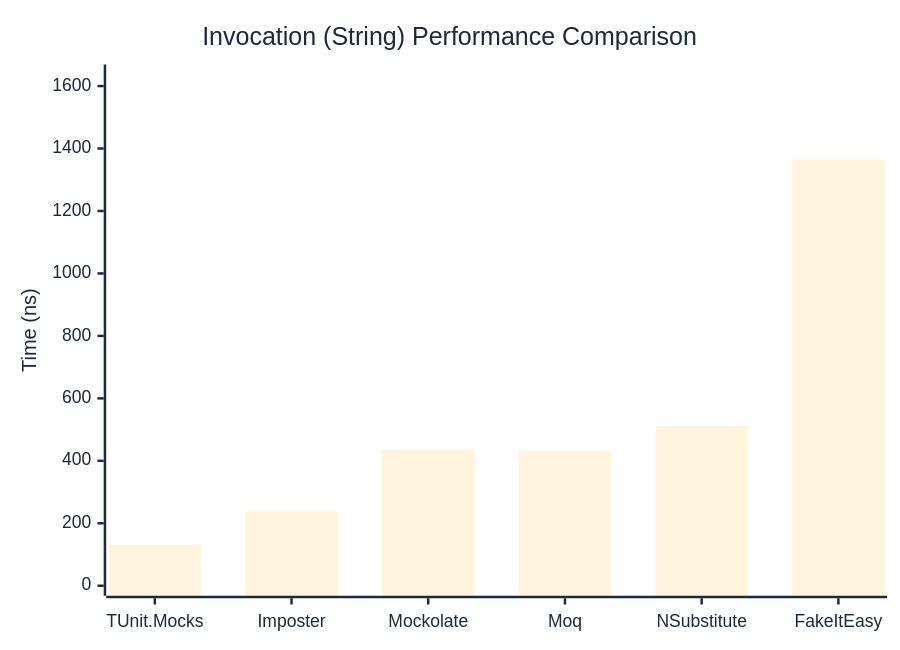
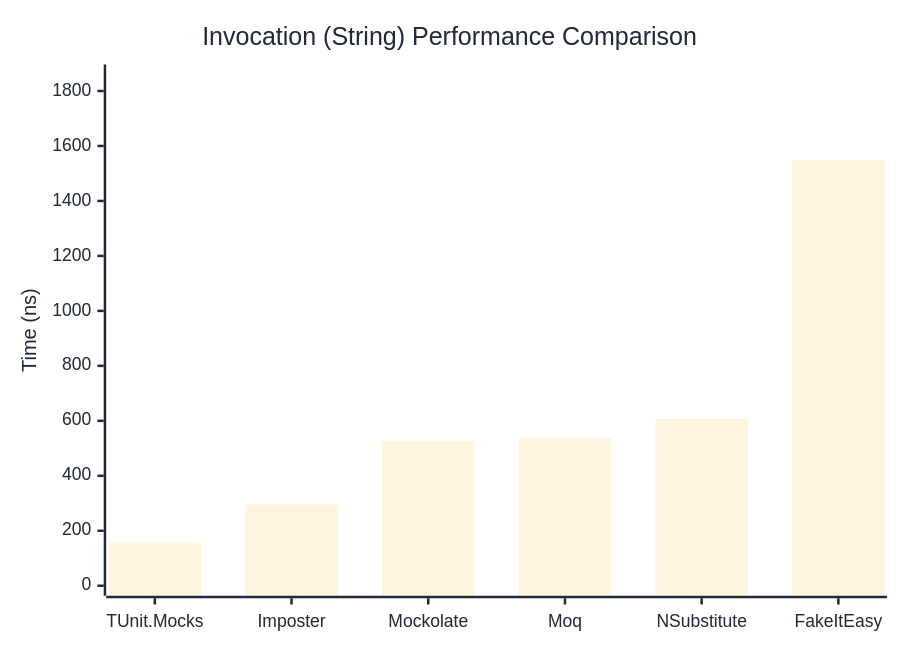
Before and after one commit to thomhurst/TUnit: the second of 3 diagrams in docs/docs/benchmarks/mocks/Invocation.md, drawn with Mermaid. The commit also changed other lines of this file and 14 other files, not shown here.

````diff
--- a/docs/docs/benchmarks/mocks/Invocation.md
+++ b/docs/docs/benchmarks/mocks/Invocation.md
@@ -69,27 +69,27 @@
 ```mermaid
 %%{init: {
   'theme':'base',
   'themeVariables': {
     'primaryColor': '#2563eb',
     'primaryTextColor': '#1f2937',
     'primaryBorderColor': '#1e40af',
     'lineColor': '#6b7280',
     'secondaryColor': '#7c3aed',
     'tertiaryColor': '#dc2626',
     'background': '#ffffff',
     'pie1': '#2563eb',
     'pie2': '#7c3aed',
     'pie3': '#dc2626',
     'pie4': '#f59e0b',
     'pie5': '#10b981',
     'pie6': '#06b6d4',
     'pie7': '#ec4899',
     'pie8': '#6366f1'
   }
 }}%%
 xychart-beta
   title "Invocation (String) Performance Comparison"
   x-axis ["TUnit.Mocks", "Imposter", "Mockolate", "Moq", "NSubstitute", "FakeItEasy"]
-  y-axis "Time (ns)" 0 --> 1637
-  bar [131.5, 237.6, 435.6, 432.2, 511.4, 1364.1]
+  y-axis "Time (ns)" 0 --> 1860
+  bar [156.7, 295.4, 527.5, 536.6, 606.6, 1549.4]
 ```
````
